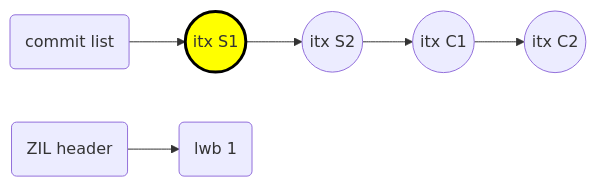
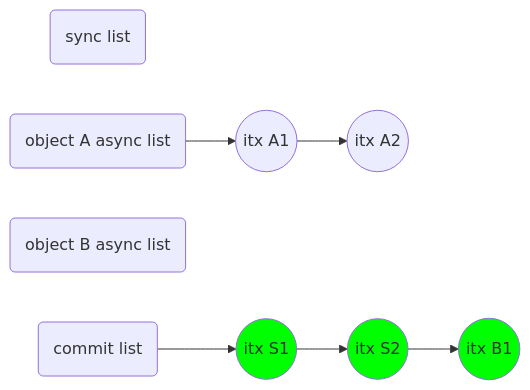
Before and after one commit to prakashsurya/prakashsurya.github.io: the eighth of 44 diagrams in content/post/2017-10-24-zil-performance-how-i-doubled-sync-write-speed.md, drawn with Mermaid. The commit also changed other lines of this file, not shown here.

Commit message:
Edit: ZIL Performance: How I Doubled Sync Write Speed (slides)

```diff
--- a/content/post/2017-10-24-zil-performance-how-i-doubled-sync-write-speed.md
+++ b/content/post/2017-10-24-zil-performance-how-i-doubled-sync-write-speed.md
@@ -405,11 +639,18 @@
 <div class="mermaid">
 graph LR
+  SLIST(sync list)
+
+  OBJ-A(object A async list) --> OBJ-A-1((itx A1))
+  OBJ-A-1                    --> OBJ-A-2((itx A2))
+
+  OBJ-B(object B async list)
+
   CLIST(commit list) --> SLIST-1((itx S1))
   SLIST-1            --> SLIST-2((itx S2))
-  SLIST-2            --> OBJ-C-1((itx C1))
-  OBJ-C-1            --> OBJ-C-2((itx C2))
+  SLIST-2            --> OBJ-B-1((itx B1))
 
-  HEADER(ZIL header) --> LWB-1(lwb 1)
 
-  style SLIST-1 fill:#ffff00,stroke:#000000,stroke-width:3px
+  style OBJ-B-1 fill:#00ff00
+  style SLIST-1 fill:#00ff00
+  style SLIST-2 fill:#00ff00
 </div>
```
